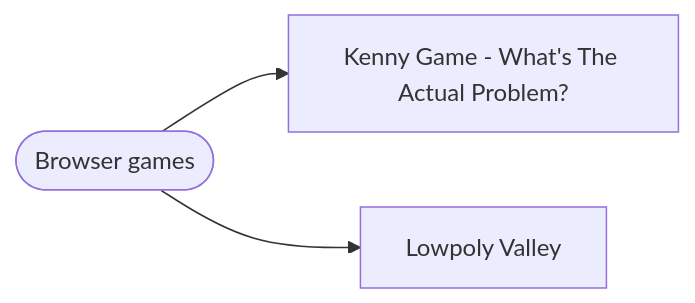
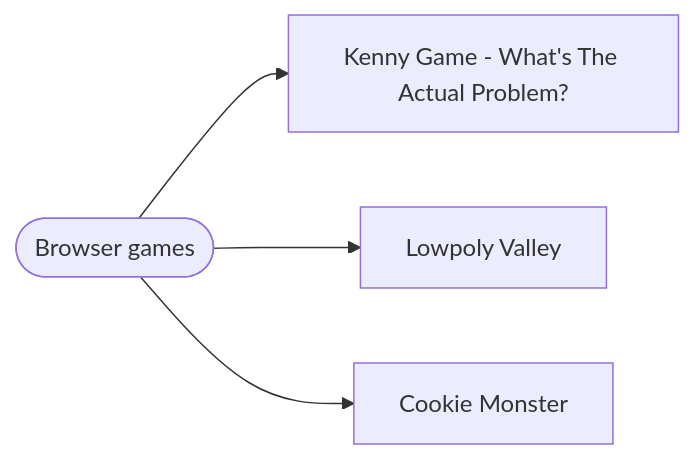
Before and after one commit to mingzilla/mingzillastudio: the diagram in demo/README.md, drawn with Mermaid.

Commit message:
3 tier - john

````diff
--- a/demo/README.md
+++ b/demo/README.md
@@ -3,10 +3,13 @@
 ```mermaid
 flowchart LR
     B(["Browser games"])
     K["Kenny Game - What's The Actual Problem?"]
     L["Lowpoly Valley"]
+    C["Cookie Monster"]
     B --> K
     B --> L
+    B --> C
     click K "https://mingzilla.github.io/mingzillastudio/browser_games/kenny-game/"
     click L "https://mingzilla.github.io/mingzillastudio/browser_games/lowpoly-city/"
+    click C "https://mingzilla.github.io/mingzillastudio/browser_games/cookie-monster/"
 ```
````
